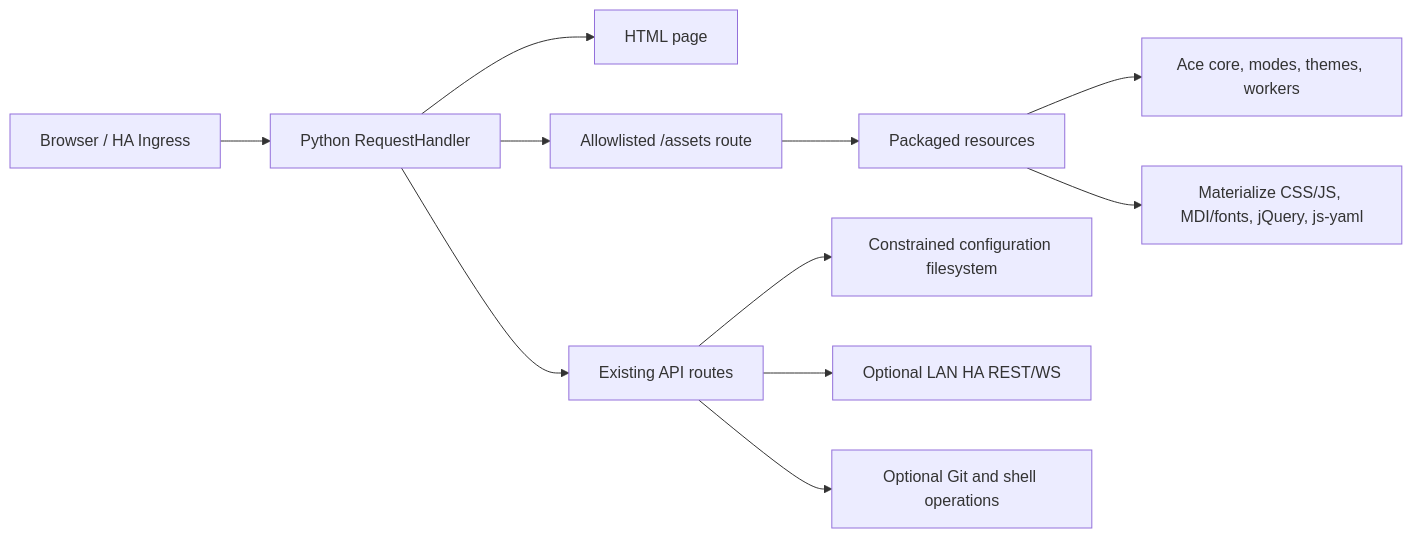
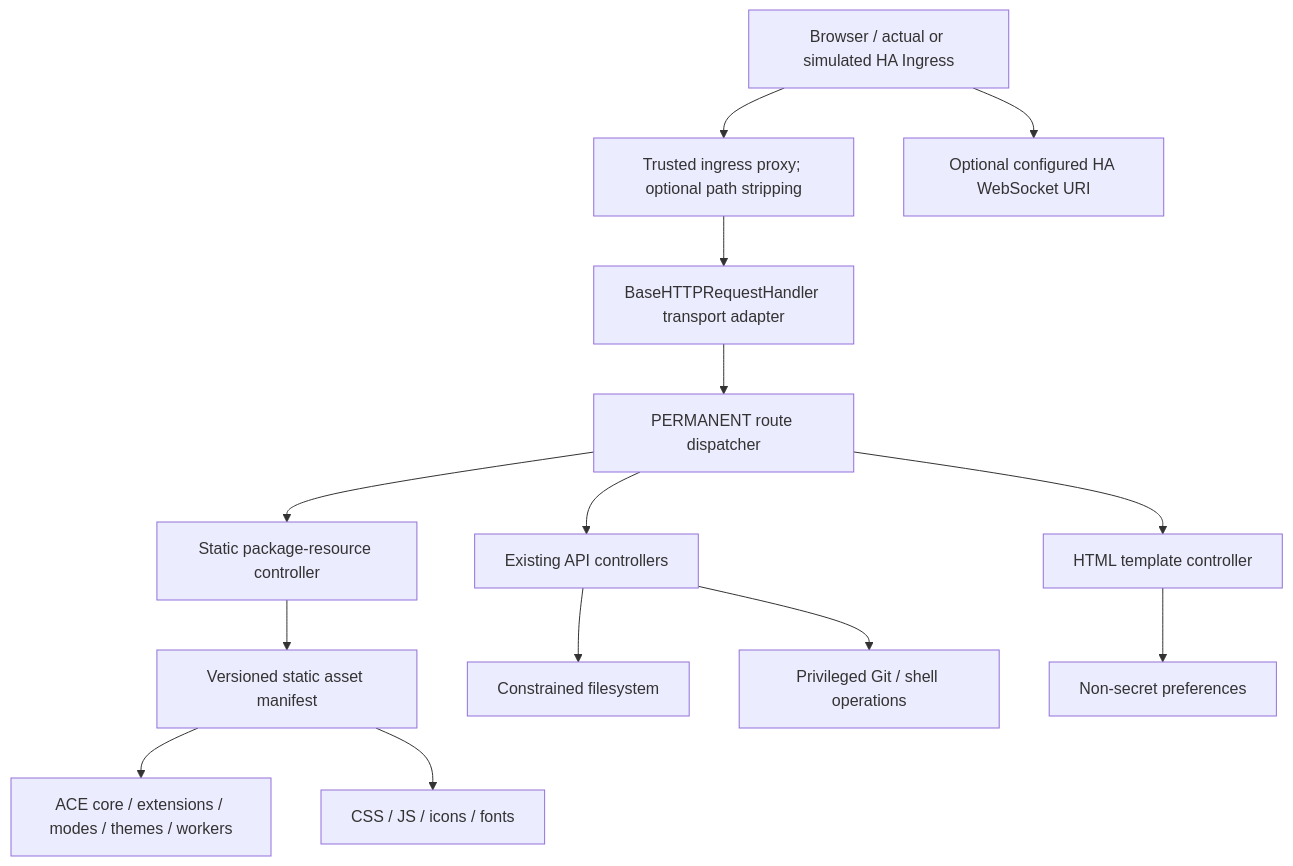
One commit to undel-gh/hass-configurator changed the diagram in docs/ARCHITECTURE.md. Above: the diagram before and after it, drawn with Mermaid. The commit also changed other lines of this file, not shown here.

Commit message:
docs: make permanent router, Ace provenance, cache and CSP architectural decisions normative

````diff
--- a/docs/ARCHITECTURE.md
+++ b/docs/ARCHITECTURE.md
@@ -5,13 +14,16 @@
 ```mermaid
-flowchart LR
-  B[Browser / HA Ingress] --> H[Python RequestHandler]
-  H --> T[HTML page]
-  H --> S[Allowlisted /assets route]
-  H --> API[Existing API routes]
-  S --> P[Packaged resources]
-  P --> ACE[Ace core, modes, themes, workers]
-  P --> UI[Materialize CSS/JS, MDI/fonts, jQuery, js-yaml]
-  API --> FS[Constrained configuration filesystem]
-  API --> HA[Optional LAN HA REST/WS]
-  API --> OPS[Optional Git and shell operations]
+flowchart TD
+  B[Browser / actual or simulated HA Ingress] --> P[Trusted ingress proxy; optional path stripping]
+  P --> H[BaseHTTPRequestHandler transport adapter]
+  H --> R[PERMANENT route dispatcher]
+  R --> S[Static package-resource controller]
+  R --> A[Existing API controllers]
+  R --> T[HTML template controller]
+  S --> V[Versioned static asset manifest]
+  V --> ACE[ACE core / extensions / modes / themes / workers]
+  V --> FE[CSS / JS / icons / fonts]
+  A --> FS[Constrained filesystem]
+  A --> OPS[Privileged Git / shell operations]
+  T --> PREFS[Non-secret preferences]
+  B --> WS[Optional configured HA WebSocket URI]
 ```
````
